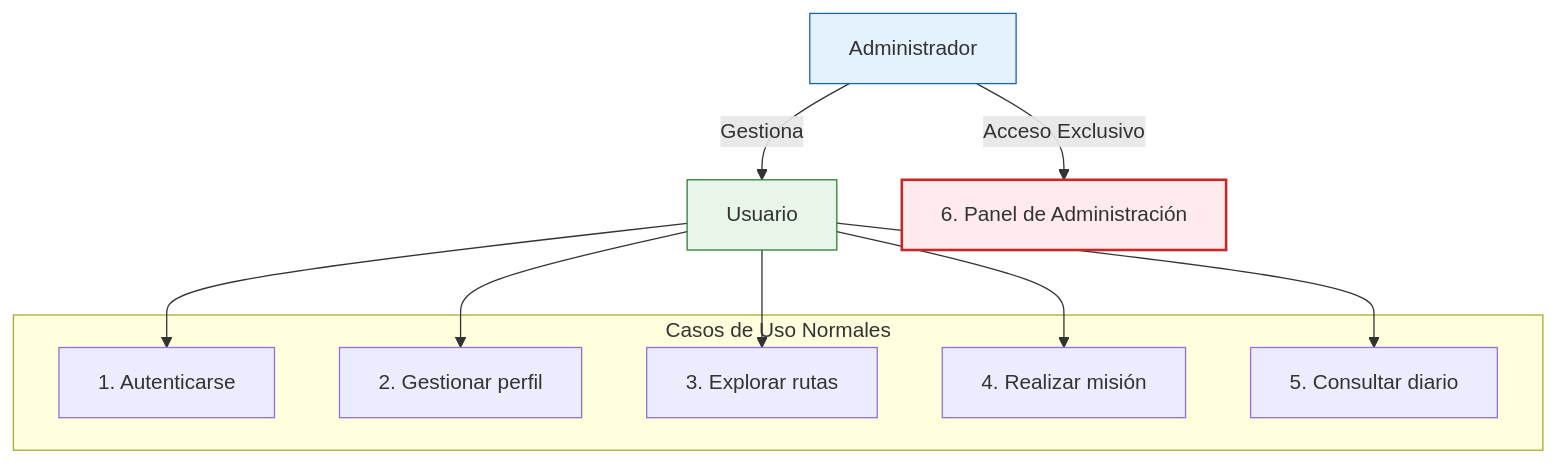
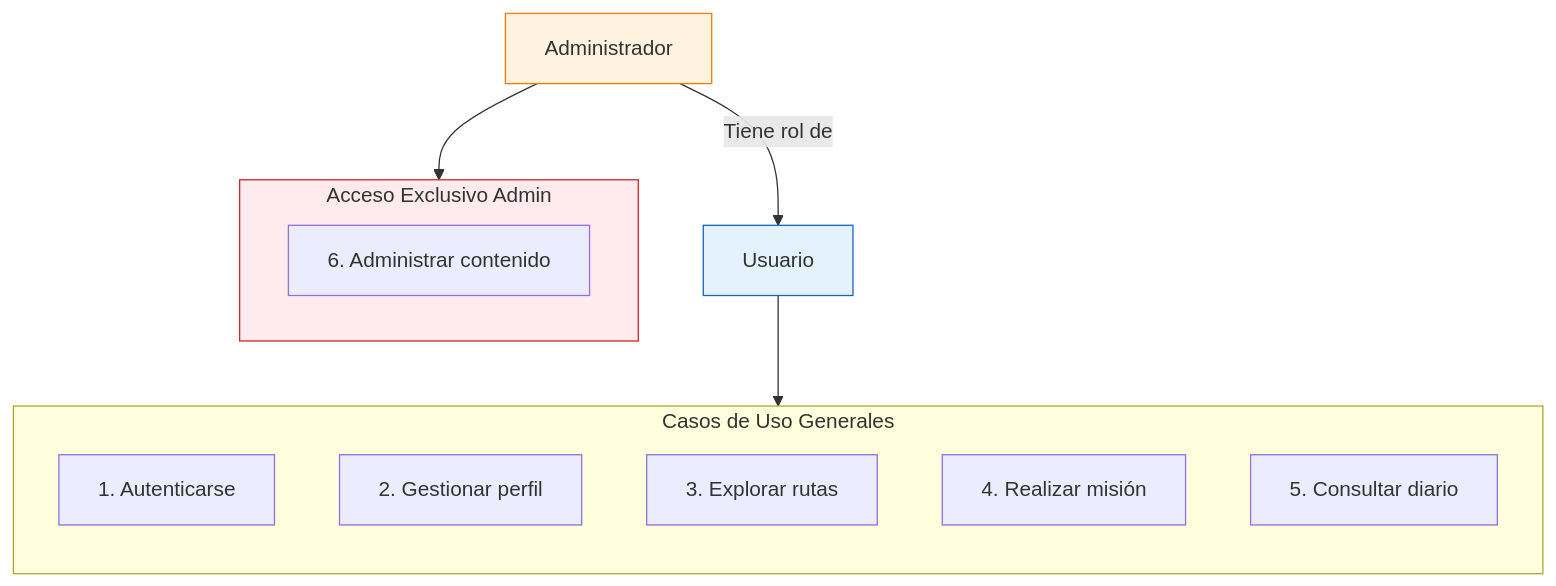
One commit to TurisTechTeam-Dev/rutexgo-assets changed the first of 5 diagrams in diagrama secuencia.md. Above: the diagram before and after it, drawn with Mermaid.

Commit message:
Update diagrama secuencia.md

````diff
--- a/diagrama secuencia.md
+++ b/diagrama secuencia.md
@@ -1,34 +1,33 @@
 ```mermaid
-flowchart TD
+graph TD
     %% Roles
     Admin[Administrador]
-    Usuario[Usuario]
+    User[Usuario]
 
-    %% Jerarquía
-    Admin -->|Gestiona| Usuario
+    %% Jerarquía: El admin es un tipo de usuario
+    Admin -->|Tiene rol de| User
 
-    %% Panel Exclusivo
-    Panel[6. Panel de Administración]
-    Admin -->|Acceso Exclusivo| Panel
-
-    %% Casos de Uso Normales
-    subgraph Normales [Casos de Uso Normales]
-        U1[1. Autenticarse]
-        U2[2. Gestionar perfil]
-        U3[3. Explorar rutas]
-        U4[4. Realizar misión]
-        U5[5. Consultar diario]
+    %% Casos de Uso Generales (Para ambos)
+    subgraph General [Casos de Uso Generales]
+        direction TB
+        UC1[1. Autenticarse]
+        UC2[2. Gestionar perfil]
+        UC3[3. Explorar rutas]
+        UC4[4. Realizar misión]
+        UC5[5. Consultar diario]
     end
 
-    %% Accesos del Usuario
-    Usuario --> U1
-    Usuario --> U2
-    Usuario --> U3
-    Usuario --> U4
-    Usuario --> U5
+    %% Acceso Exclusivo
+    subgraph Exclusivo [Acceso Exclusivo Admin]
+        UC6[6. Administrar contenido]
+    end
 
-    %% Estilos para diferenciar
-    style Panel fill:#ffebee,stroke:#c62828,stroke-width:2px
-    style Admin fill:#e3f2fd,stroke:#1565c0
-    style Usuario fill:#e8f5e9,stroke:#2e7d32
+    %% Conexiones
+    User --> General
+    Admin --> Exclusivo
+
+    %% Estilos
+    style Admin fill:#fff3e0,stroke:#f57c00
+    style User fill:#e3f2fd,stroke:#1565c0
+    style Exclusivo fill:#ffebee,stroke:#c62828
 ```
````
